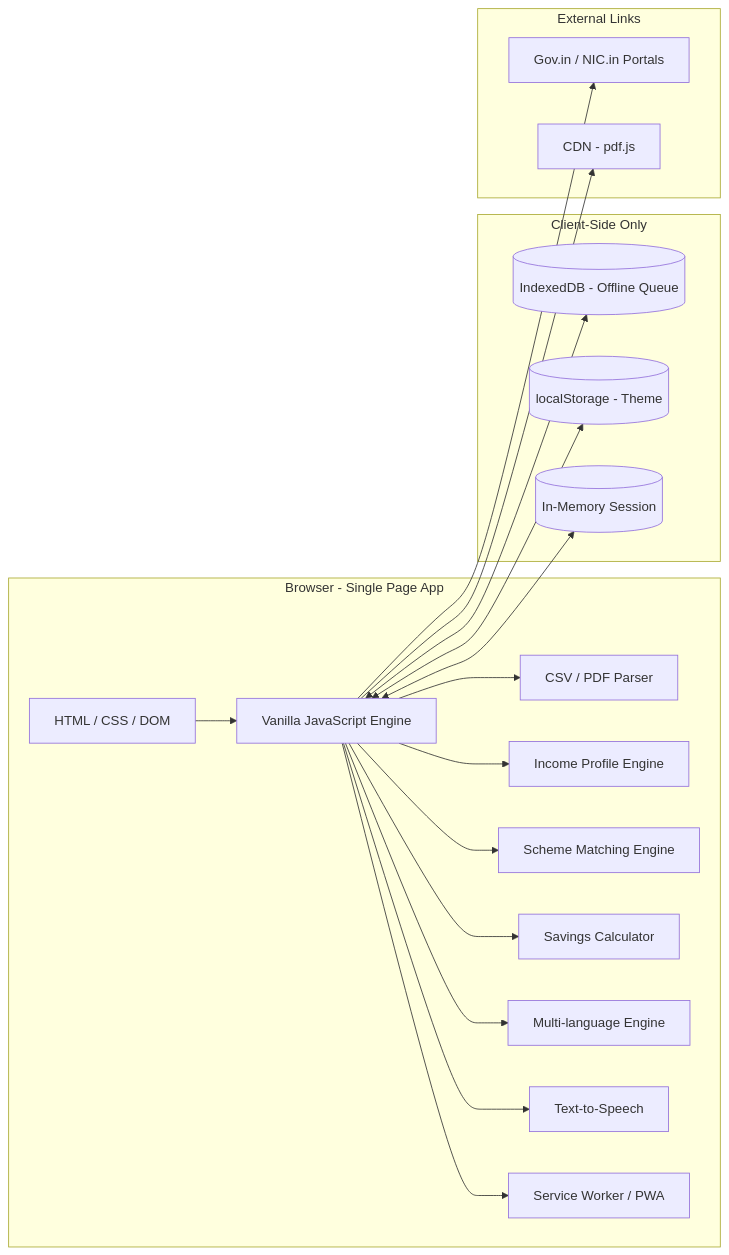
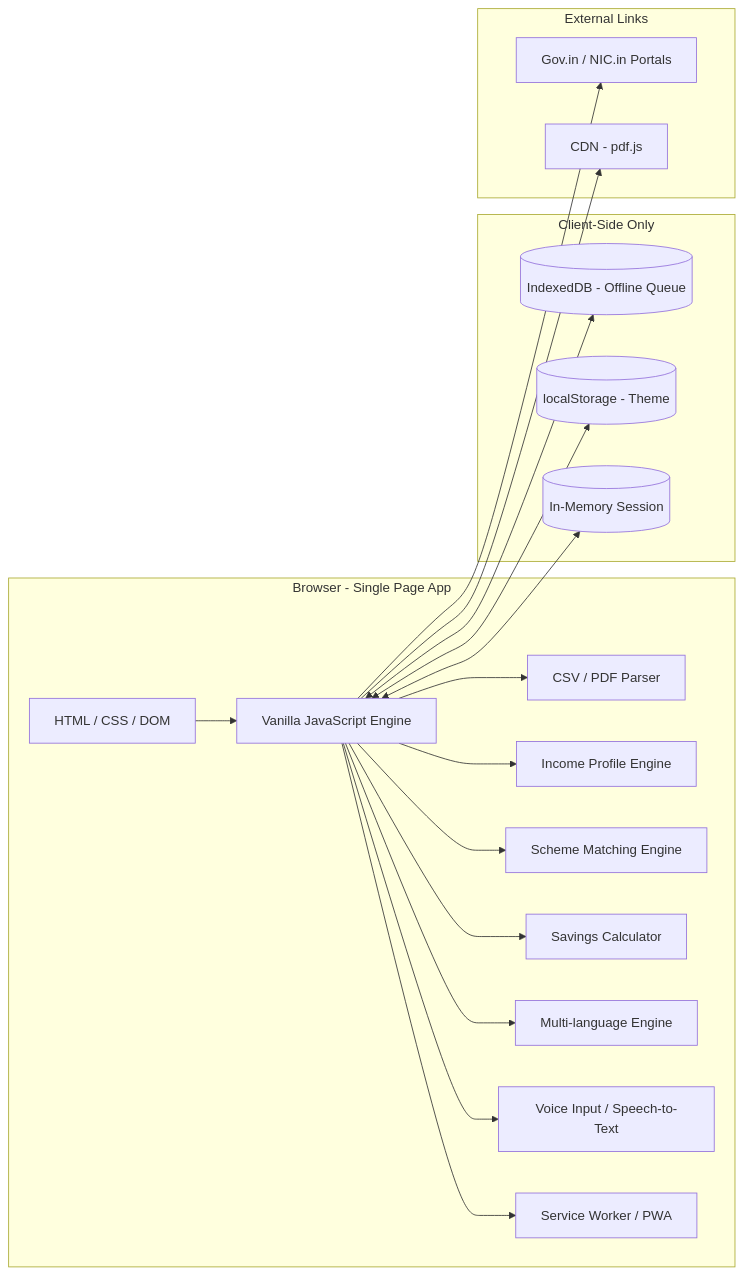
One commit to phadtareshivansh/Kaam-card changed the second of 2 diagrams in README.md. Above: the diagram before and after it, drawn with Mermaid. The commit also changed other lines of this file, not shown here.

````diff
--- a/README.md
+++ b/README.md
@@ -133,30 +136,30 @@
 ```mermaid
 flowchart LR
     subgraph Frontend [Browser - Single Page App]
         UI[HTML / CSS / DOM] --> JS[Vanilla JavaScript Engine]
         JS --> Parser[CSV / PDF Parser]
         JS --> Profiler[Income Profile Engine]
         JS --> Matcher[Scheme Matching Engine]
         JS --> Savings[Savings Calculator]
         JS --> i18n[Multi-language Engine]
-        JS --> TTS[Text-to-Speech]
+        JS --> TTS[Voice Input / Speech-to-Text]
         JS --> SW[Service Worker / PWA]
     end
 
     subgraph Storage [Client-Side Only]
         IDB[(IndexedDB - Offline Queue)]
         LS[(localStorage - Theme)]
         MEM[(In-Memory Session)]
     end
 
     subgraph External [External Links]
         Portal[Gov.in / NIC.in Portals]
         CDN[CDN - pdf.js]
     end
 
     JS <--> IDB
     JS <--> LS
     JS <--> MEM
     JS --> Portal
     JS --> CDN
 ```
````
